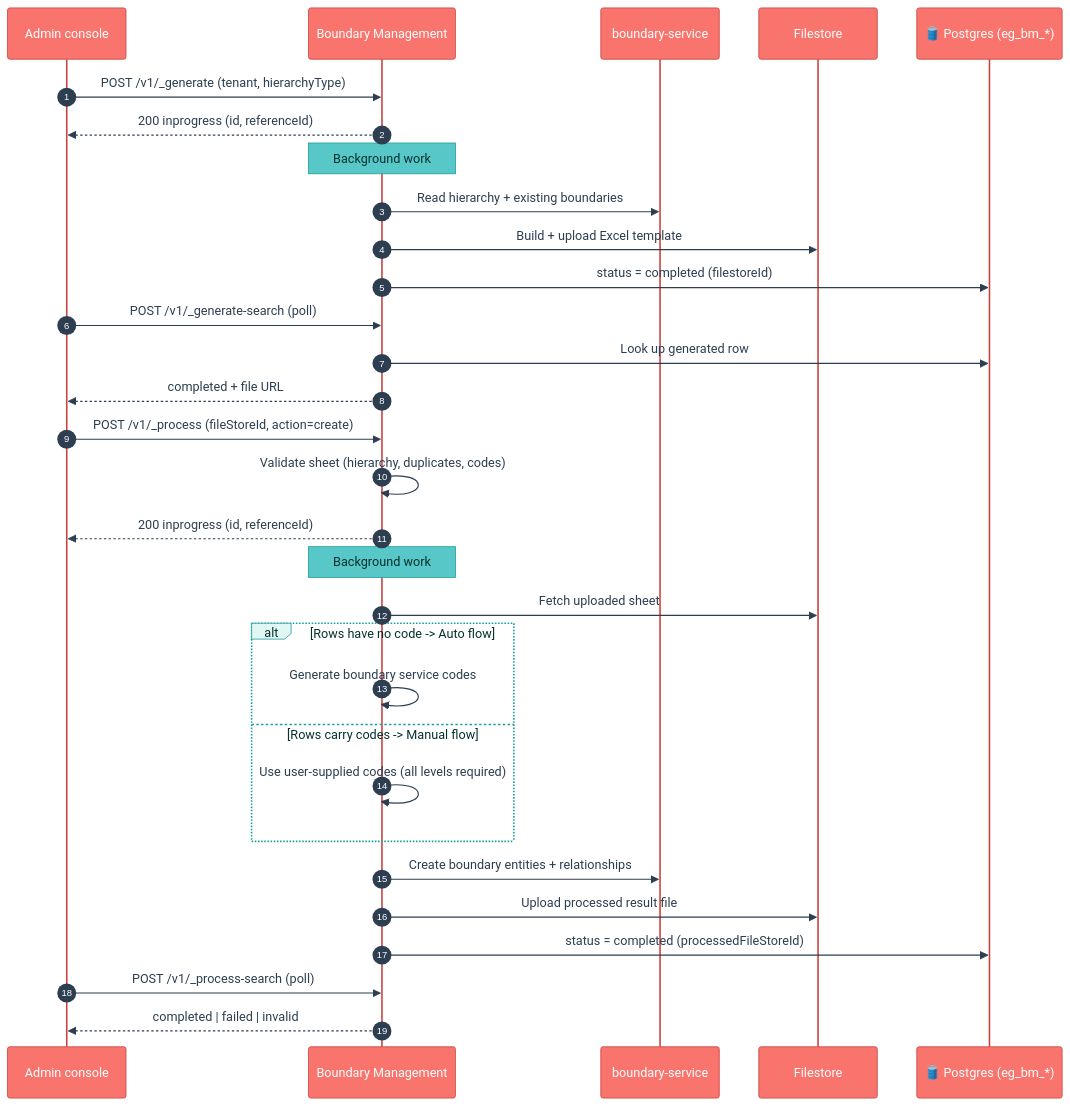
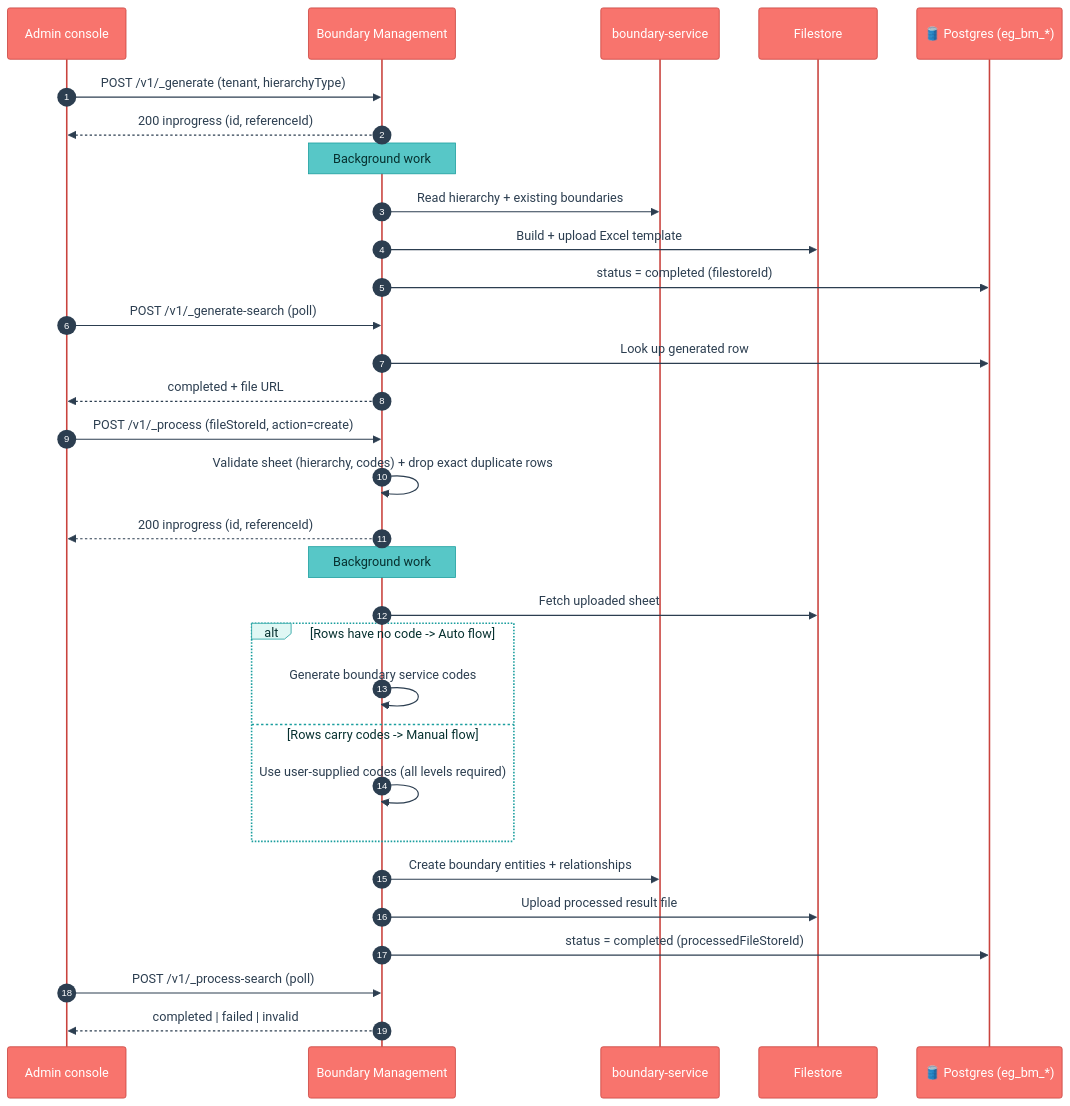
One commit to egovernments/health-campaign-services changed the diagram in health-services/boundary-management/README.md. Above: the diagram before and after it, drawn with Mermaid. The commit also changed other lines of this file and 3 other files, not shown here.

````diff
--- a/health-services/boundary-management/README.md
+++ b/health-services/boundary-management/README.md
@@ -96,36 +97,36 @@
 ```mermaid
 %%{init: {'theme':'base','themeVariables':{'actorBkg':'#F8746D','actorBorder':'#C9433E','actorTextColor':'#FFFFFF','actorLineColor':'#C9433E','signalColor':'#2C3E50','signalTextColor':'#2C3E50','noteBkgColor':'#57C7C7','noteTextColor':'#06302F','noteBorderColor':'#1B9E9E','labelBoxBkgColor':'#E0F7F4','labelBoxBorderColor':'#1B9E9E','labelTextColor':'#06302F','loopTextColor':'#06302F','sequenceNumberColor':'#FFFFFF'}}}%%
 sequenceDiagram
     autonumber
     participant Console as Admin console
     participant BM as Boundary Management
     participant Boundary as boundary-service
     participant Files as Filestore
     participant DB as 🛢️ Postgres (eg_bm_*)
 
     Console->>BM: POST /v1/_generate (tenant, hierarchyType)
     BM-->>Console: 200 inprogress (id, referenceId)
     Note over BM: Background work
     BM->>Boundary: Read hierarchy + existing boundaries
     BM->>Files: Build + upload Excel template
     BM->>DB: status = completed (filestoreId)
     Console->>BM: POST /v1/_generate-search (poll)
     BM->>DB: Look up generated row
     BM-->>Console: completed + file URL
 
     Console->>BM: POST /v1/_process (fileStoreId, action=create)
-    BM->>BM: Validate sheet (hierarchy, duplicates, codes)
+    BM->>BM: Validate sheet (hierarchy, codes) + drop exact duplicate rows
     BM-->>Console: 200 inprogress (id, referenceId)
     Note over BM: Background work
     BM->>Files: Fetch uploaded sheet
     alt Rows have no code -> Auto flow
         BM->>BM: Generate boundary service codes
     else Rows carry codes -> Manual flow
         BM->>BM: Use user-supplied codes (all levels required)
     end
     BM->>Boundary: Create boundary entities + relationships
     BM->>Files: Upload processed result file
     BM->>DB: status = completed (processedFileStoreId)
     Console->>BM: POST /v1/_process-search (poll)
     BM-->>Console: completed | failed | invalid
 ```
````
